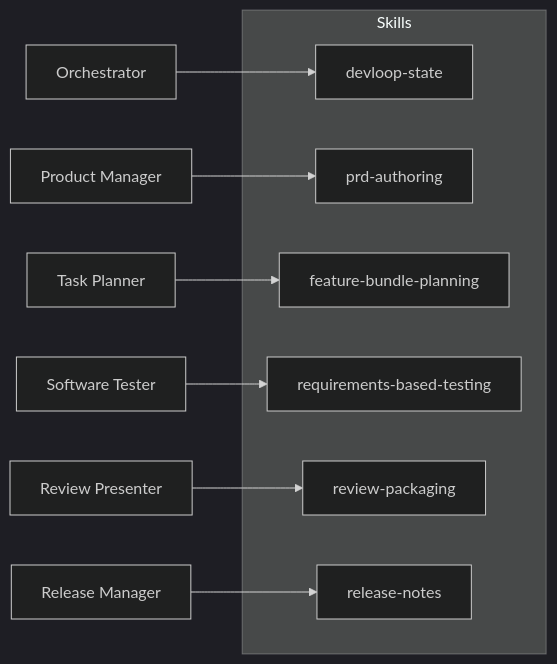
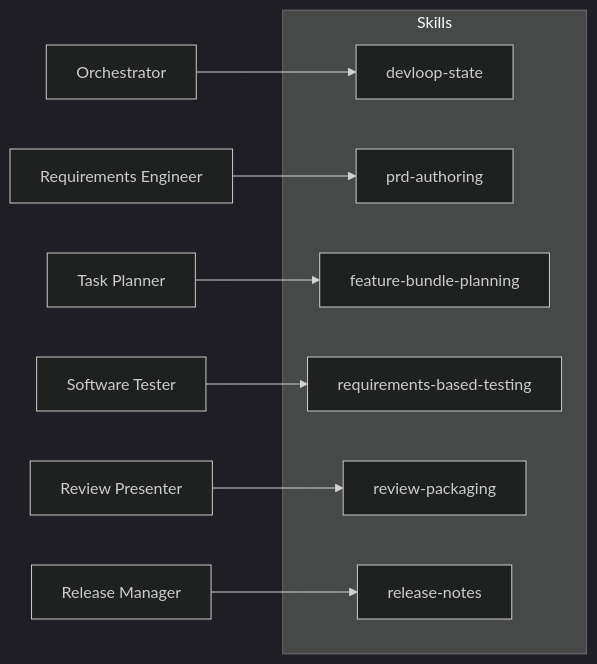
The third of 6 diagrams in README.md (Betatester777/devloop), drawn with Mermaid (dark theme) before and after one commit. The commit also changed other lines of this file and 49 other files, not shown here.

````diff
--- a/README.md
+++ b/README.md
@@ -168,18 +168,18 @@
 ```mermaid
 graph LR
     subgraph Skills
         S1["devloop-state"]
         S2["prd-authoring"]
         S3["feature-bundle-planning"]
         S4["requirements-based-testing"]
         S5["review-packaging"]
         S6["release-notes"]
     end
 
     O["Orchestrator"] --> S1
-    PM["Product Manager"] --> S2
+    PM["Requirements Engineer"] --> S2
     TP["Task Planner"] --> S3
     ST["Software Tester"] --> S4
     RP["Review Presenter"] --> S5
     RM["Release Manager"] --> S6
 ```
````
